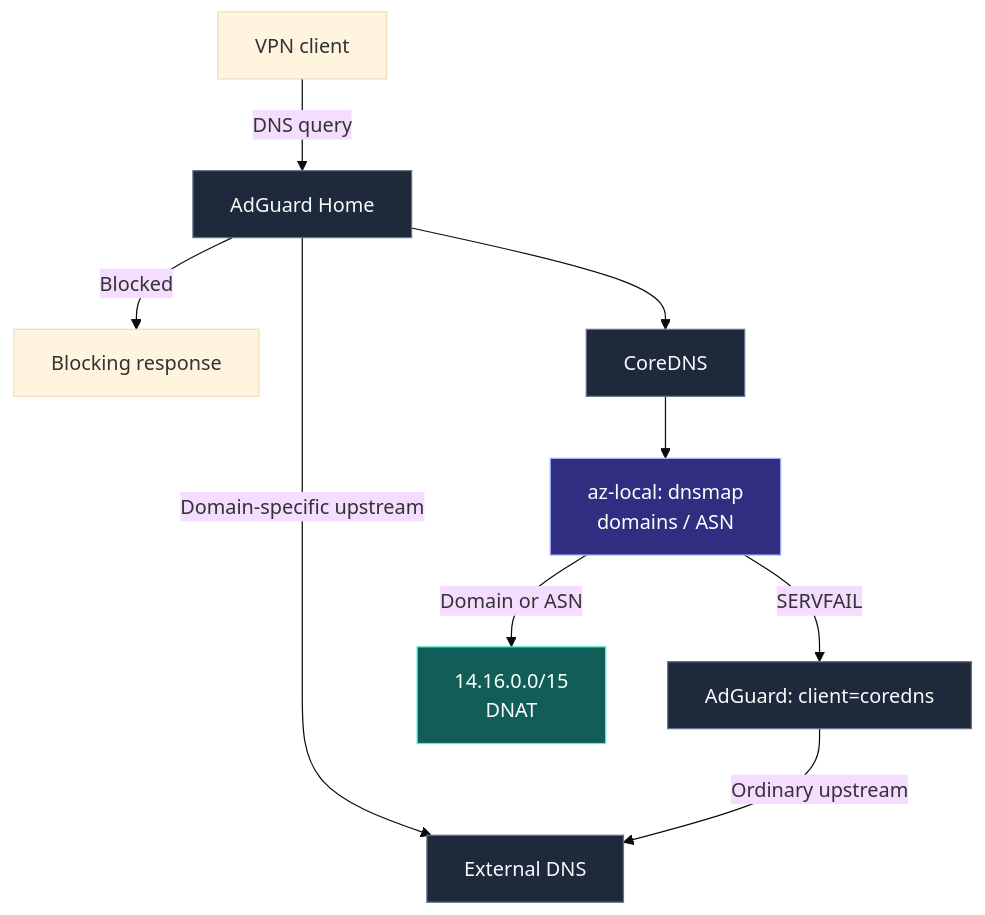
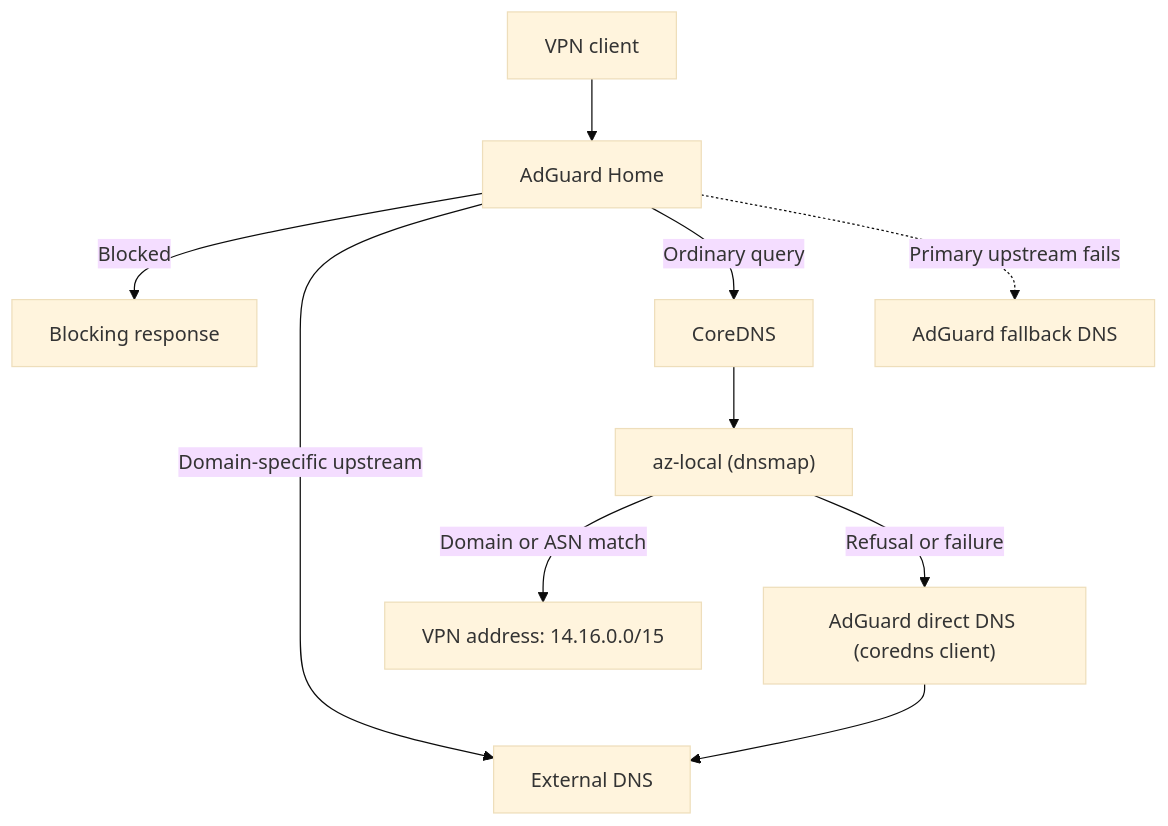
Before and after one commit to nmisha/antizapret-vpn-docker: the second of 3 diagrams in README.md, drawn with Mermaid (base theme). The commit also changed other lines of this file and 318 other files, not shown here.

````diff
--- a/README.md
+++ b/README.md
@@ -795,18 +809,12 @@
 ```mermaid
 flowchart TB
-    client["VPN client"] -->|DNS query| adguard["AdGuard Home"]
-    adguard -->|Blocked| deny["Blocking response"]
+    client["VPN client"] --> adguard["AdGuard Home"]
+    adguard -->|Blocked| blocked["Blocking response"]
     adguard -->|Domain-specific upstream| external["External DNS"]
-    adguard --> core["CoreDNS"]
-    core --> local
-    local["az-local: dnsmap<br/>domains / ASN"]
-    local -->|Domain or ASN| localip["14.16.0.0/15<br/>DNAT"]
-    local -->|SERVFAIL| retry["AdGuard: client=coredns"]
-    retry -->|Ordinary upstream| external
-    classDef service fill:#1e293b,stroke:#64748b,color:#f8fafc
-    classDef exit fill:#312e81,stroke:#a5b4fc,color:#ffffff
-    classDef mapped fill:#115e59,stroke:#5eead4,color:#ffffff
-    class adguard,core,retry,external service
-    class local exit
-    class localip mapped
+    adguard -->|Ordinary query| core["CoreDNS"]
+    core --> local_exit["az-local (dnsmap)"]
+    local_exit -->|Domain or ASN match| local_ip["VPN address: 14.16.0.0/15"]
+    local_exit -->|Refusal or failure| direct_dns["AdGuard direct DNS (coredns client)"]
+    direct_dns --> external
+    adguard -.->|Primary upstream fails| fallback_dns["AdGuard fallback DNS"]
 ```
````
